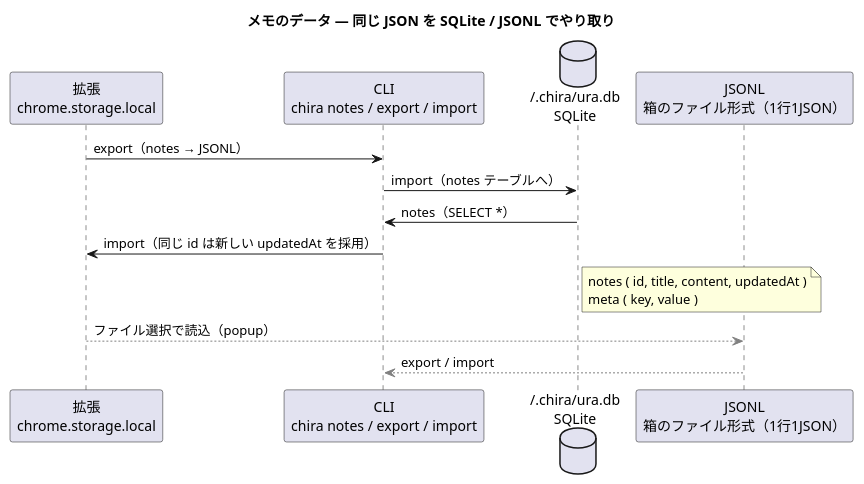
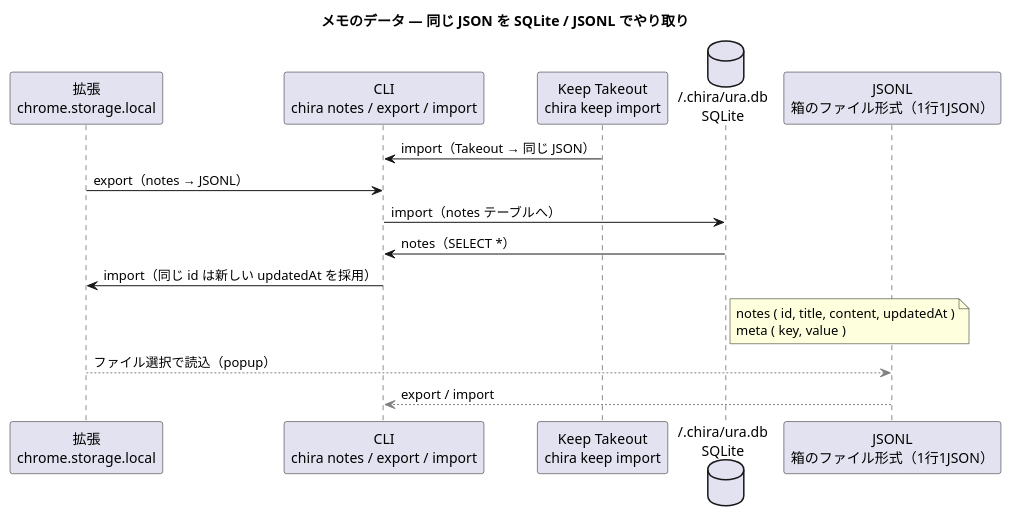
One commit to bonsai/chira-ura changed the fifth of 5 diagrams in dev/chira-ura.puml. Above: the diagram before and after it, drawn with PlantUML. The commit also changed 9 other files, not shown here.

First line of the commit message:
v0.1.5-dev: Google Keep Takeout からの取り込み（chira keep import）

```diff
--- a/dev/chira-ura.puml
+++ b/dev/chira-ura.puml
@@ -182,27 +182,29 @@
 @startuml chira-ura-data
 ' ============================================================
 ' メモのデータ — 拡張と同じ JSON を SQLite と JSONL でやり取り
 ' ============================================================
 title メモのデータ — 同じ JSON を SQLite / JSONL でやり取り
 
 skinparam defaultFontName Meiryo
 skinparam shadowing false
 
 participant "拡張\nchrome.storage.local" as E
 participant "CLI\nchira notes / export / import" as C
+participant "Keep Takeout\nchira keep import" as K
 database "~/.chira/ura.db\nSQLite" as URA
 participant "JSONL\n箱のファイル形式（1行1JSON）" as JSONL
 
+K -> C : import（Takeout → 同じ JSON）
 E -> C : export（notes → JSONL）
 C -> URA : import（notes テーブルへ）
 URA -> C : notes（SELECT *）
 C -> E : import（同じ id は新しい updatedAt を採用）
 
 note right of URA
   notes ( id, title, content, updatedAt )
   meta ( key, value )
 end note
 
 E -[#gray,dashed]-> JSONL : ファイル選択で読込（popup）
 JSONL -[#gray,dashed]-> C : export / import
 @enduml
```
